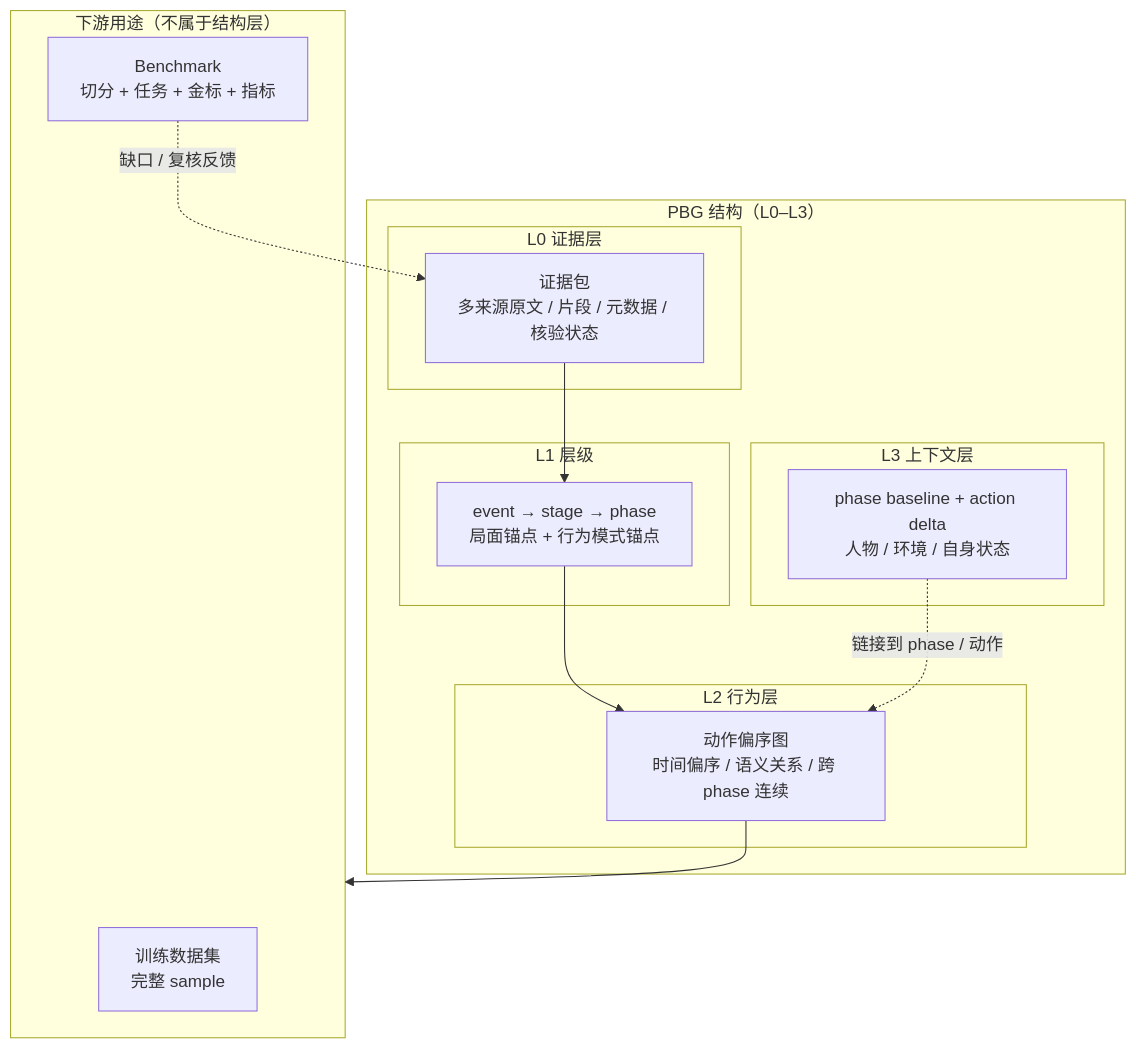
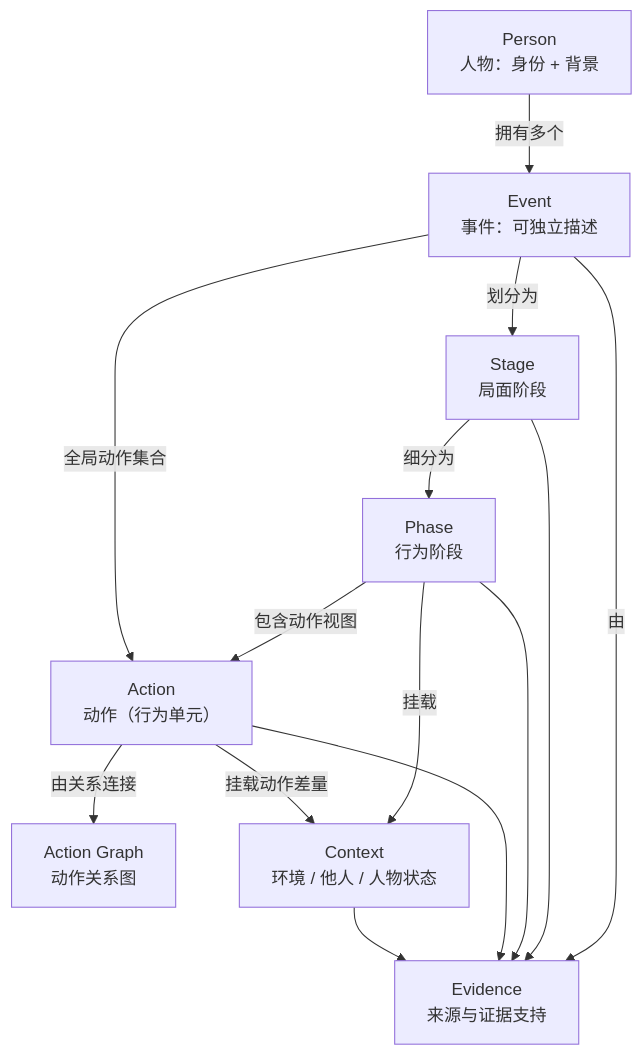
The diagram in docs/structures/0-overview.md (AgenticFinLab/FinMycelium), drawn with Mermaid before and after one commit. The commit also changed other lines of this file and 10 other files, not shown here.

````diff
--- a/docs/structures/0-overview.md
+++ b/docs/structures/0-overview.md
@@ -65,25 +30,16 @@
 ```mermaid
 flowchart TB
-    subgraph STRUCT["PBG 结构（L0–L3）"]
-        subgraph L0["L0 证据层"]
-            EP["证据包<br/>多来源原文 / 片段 / 元数据 / 核验状态"]
-        end
-        subgraph L1["L1 层级"]
-            H["event → stage → phase<br/>局面锚点 + 行为模式锚点"]
-        end
-        subgraph L2["L2 行为层"]
-            G["动作偏序图<br/>时间偏序 / 语义关系 / 跨 phase 连续"]
-        end
-        subgraph L3["L3 上下文层"]
-            C["phase baseline + action delta<br/>人物 / 环境 / 自身状态"]
-        end
-        EP --> H --> G
-        C -.->|链接到 phase / 动作| G
-    end
-    subgraph USE["下游用途（不属于结构层）"]
-        DS["训练数据集<br/>完整 sample"]
-        BM["Benchmark<br/>切分 + 任务 + 金标 + 指标"]
-    end
-    G --> USE
-    BM -.->|缺口 / 复核反馈| EP
+    P["Person<br/>人物：身份 + 背景"] -->|拥有多个| E["Event<br/>事件：可独立描述"]
+    E -->|划分为| S["Stage<br/>局面阶段"]
+    S -->|细分为| PH["Phase<br/>行为阶段"]
+    PH -->|包含动作视图| A["Action<br/>动作（行为单元）"]
+    E -->|全局动作集合| A
+    A -->|由关系连接| AG["Action Graph<br/>动作关系图"]
+    PH -->|挂载| C["Context<br/>环境 / 他人 / 人物状态"]
+    A -->|挂载动作差量| C
+    E -->|由| EV["Evidence<br/>来源与证据支持"]
+    S --> EV
+    PH --> EV
+    A --> EV
+    C --> EV
 ```
````
